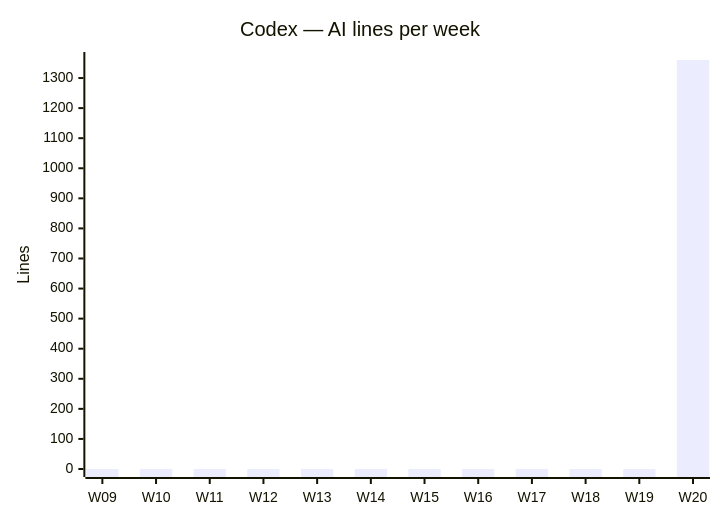
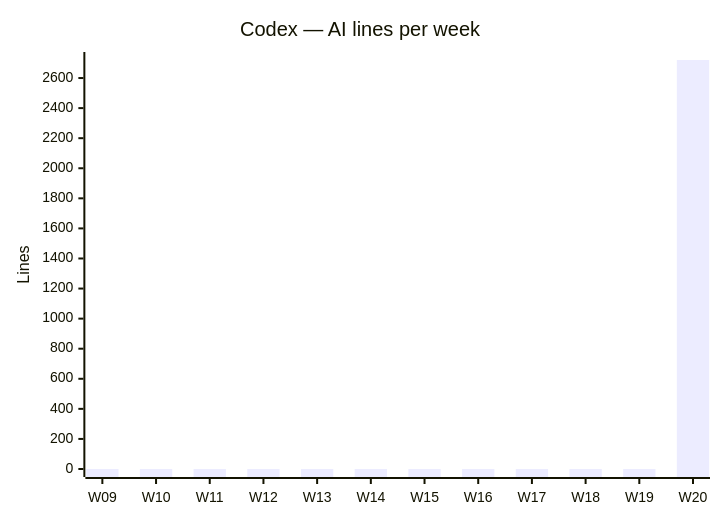
The third of 4 diagrams in docs/AI_USAGE.md (fromwaydowntown/ai-use), drawn with Mermaid before and after one commit. The commit also changed other lines of this file, not shown here.

````diff
--- a/docs/AI_USAGE.md
+++ b/docs/AI_USAGE.md
@@ -39,7 +39,7 @@
 ```mermaid
 xychart-beta
     title "Codex — AI lines per week"
     x-axis ["W09", "W10", "W11", "W12", "W13", "W14", "W15", "W16", "W17", "W18", "W19", "W20"]
     y-axis "Lines"
-    bar [0, 0, 0, 0, 0, 0, 0, 0, 0, 0, 0, 1360]
+    bar [0, 0, 0, 0, 0, 0, 0, 0, 0, 0, 0, 2720]
 ```
````
